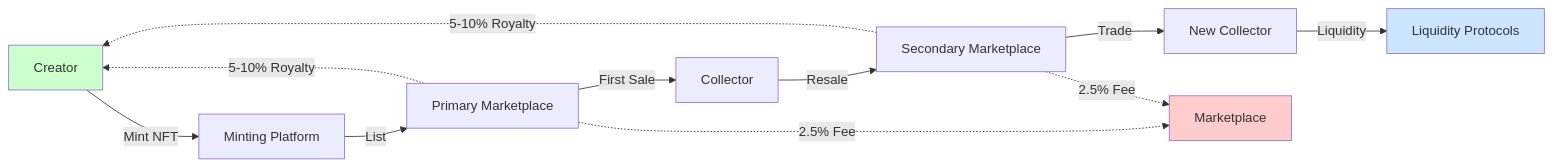
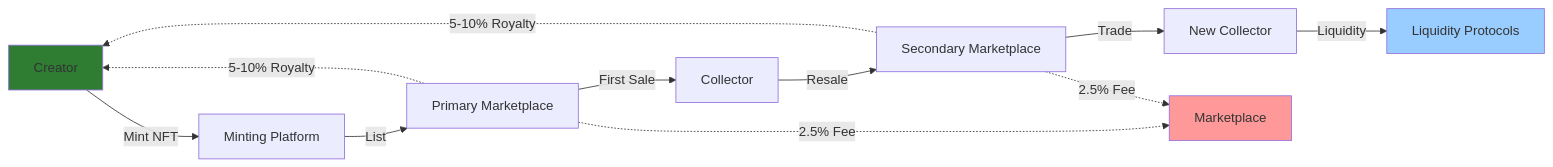
One commit to ljg-cqu/knowledge changed the fifth of 22 diagrams in Industry/Blockchain/Blockchain/ValueChain/QA_ClaudeOpus.md. Above: the diagram before and after it, drawn with Mermaid. The commit also changed other lines of this file and 6 other files, not shown here.

````diff
--- a/Industry/Blockchain/Blockchain/ValueChain/QA_ClaudeOpus.md
+++ b/Industry/Blockchain/Blockchain/ValueChain/QA_ClaudeOpus.md
@@ -303,18 +303,18 @@
 ```mermaid
 graph LR
     A[Creator] -->|Mint NFT| B[Minting Platform]
     B -->|List| C[Primary Marketplace]
     C -->|First Sale| D[Collector]
     D -->|Resale| E[Secondary Marketplace]
     E -->|Trade| F[New Collector]
     F -->|Liquidity| G[Liquidity Protocols]
     
     C -.->|2.5% Fee| H[Marketplace]
     E -.->|2.5% Fee| H
     C -.->|5-10% Royalty| A
     E -.->|5-10% Royalty| A
     
-    style A fill:#ccffcc
-    style H fill:#ffcccc
-    style G fill:#cce5ff
+    style A fill:#2E7D32
+    style H fill:#ff9999
+    style G fill:#99CCFF
 ```
````
